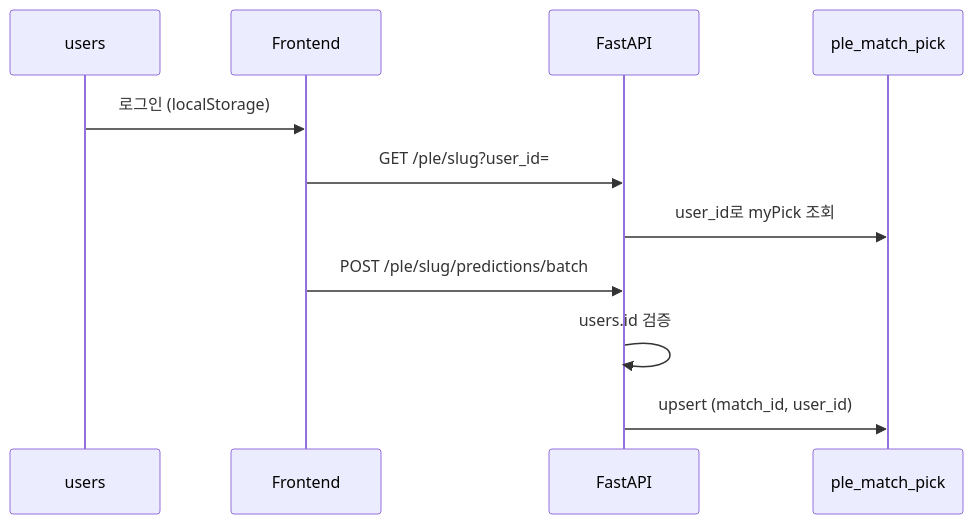
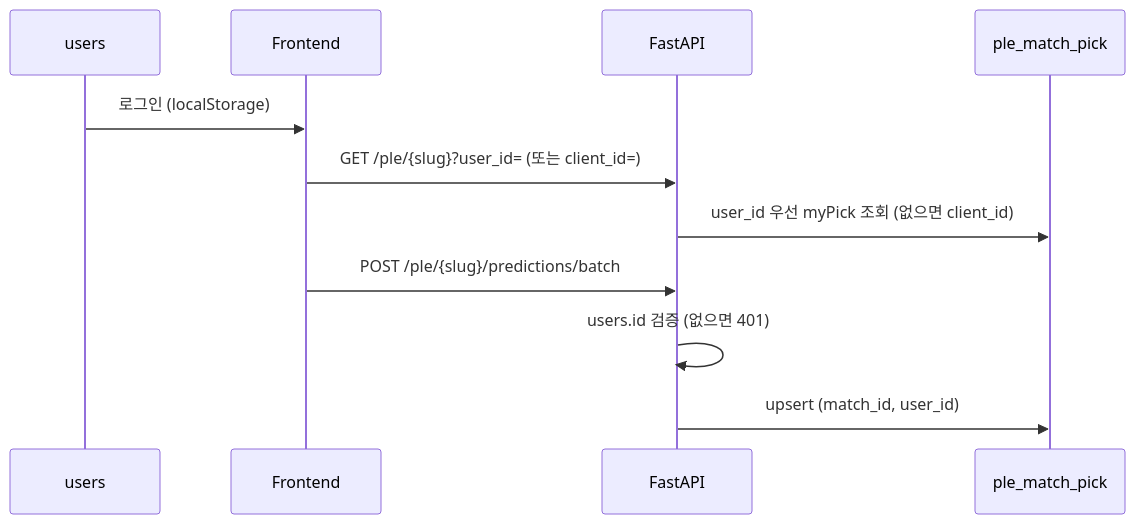
The third of 6 diagrams in DevOps/Backend/KAYFABE_ERD.md (jsangho/cloud.jsangho.docs), drawn with Mermaid before and after one commit. The commit also changed other lines of this file and 1 other file, not shown here.

````diff
--- a/DevOps/Backend/KAYFABE_ERD.md
+++ b/DevOps/Backend/KAYFABE_ERD.md
@@ -201,14 +203,14 @@
 ```mermaid
 sequenceDiagram
     participant U as users
     participant F as Frontend
     participant API as FastAPI
     participant P as ple_match_pick
 
     U->>F: 로그인 (localStorage)
-    F->>API: GET /ple/slug?user_id=
-    API->>P: user_id로 myPick 조회
-    F->>API: POST /ple/slug/predictions/batch
-    API->>API: users.id 검증
+    F->>API: GET /ple/{slug}?user_id= (또는 client_id=)
+    API->>P: user_id 우선 myPick 조회 (없으면 client_id)
+    F->>API: POST /ple/{slug}/predictions/batch
+    API->>API: users.id 검증 (없으면 401)
     API->>P: upsert (match_id, user_id)
 ```
````
